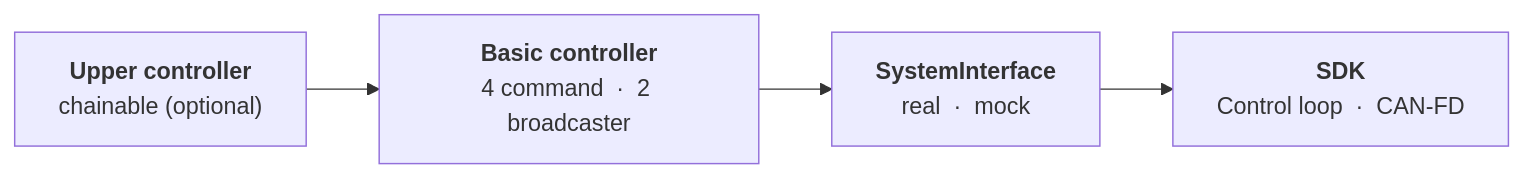
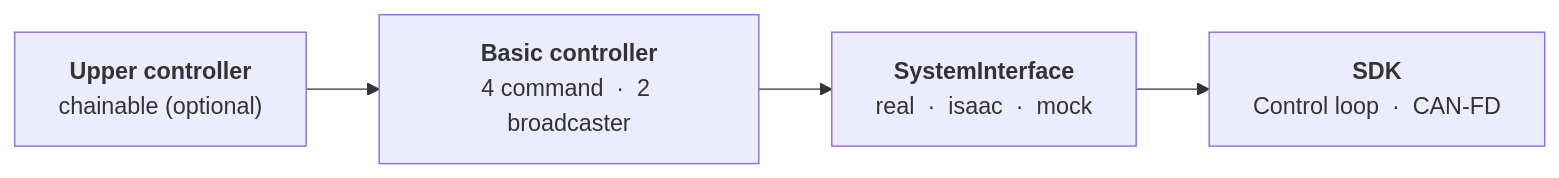
Before and after one commit to aidinrobotics/aidin-hand2-ros2: the diagram in README.md, drawn with Mermaid. The commit also changed other lines of this file and 14 other files, not shown here.

Commit message:
feat: add an Isaac Sim bridge hardware interface for the Gen2 hand

````diff
--- a/README.md
+++ b/README.md
@@ -9,9 +9,9 @@
 ```mermaid
 %%{init: {"flowchart": {"curve": "linear"}}}%%
 flowchart LR
     Upper["<b>Upper controller</b><br/>chainable (optional)"]
     Basic["<b>Basic controller</b><br/>4 command &nbsp;·&nbsp; 2 broadcaster"]
-    HW["<b>SystemInterface</b><br/>real &nbsp;·&nbsp; mock"]
+    HW["<b>SystemInterface</b><br/>real &nbsp;·&nbsp; isaac &nbsp;·&nbsp; mock"]
     SDK["<b>SDK</b><br/>Control loop &nbsp;·&nbsp; CAN-FD"]
     Upper --> Basic --> HW --> SDK
 ```
````
